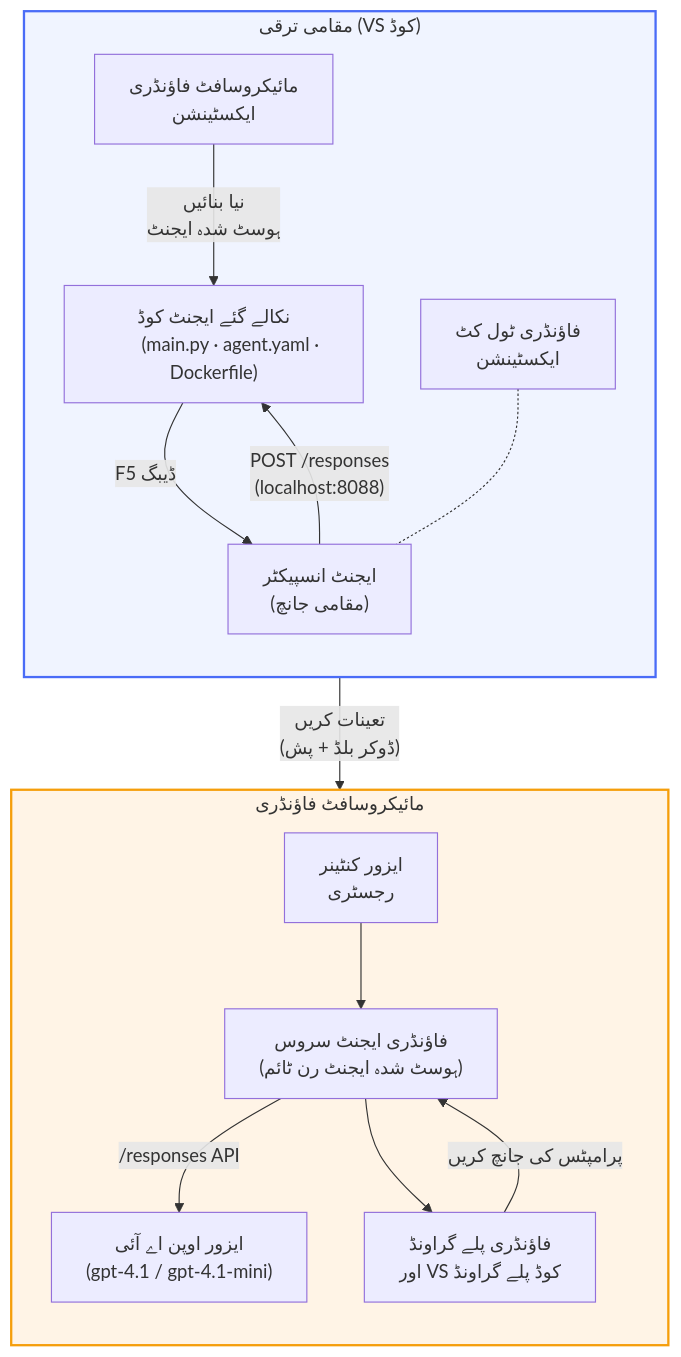
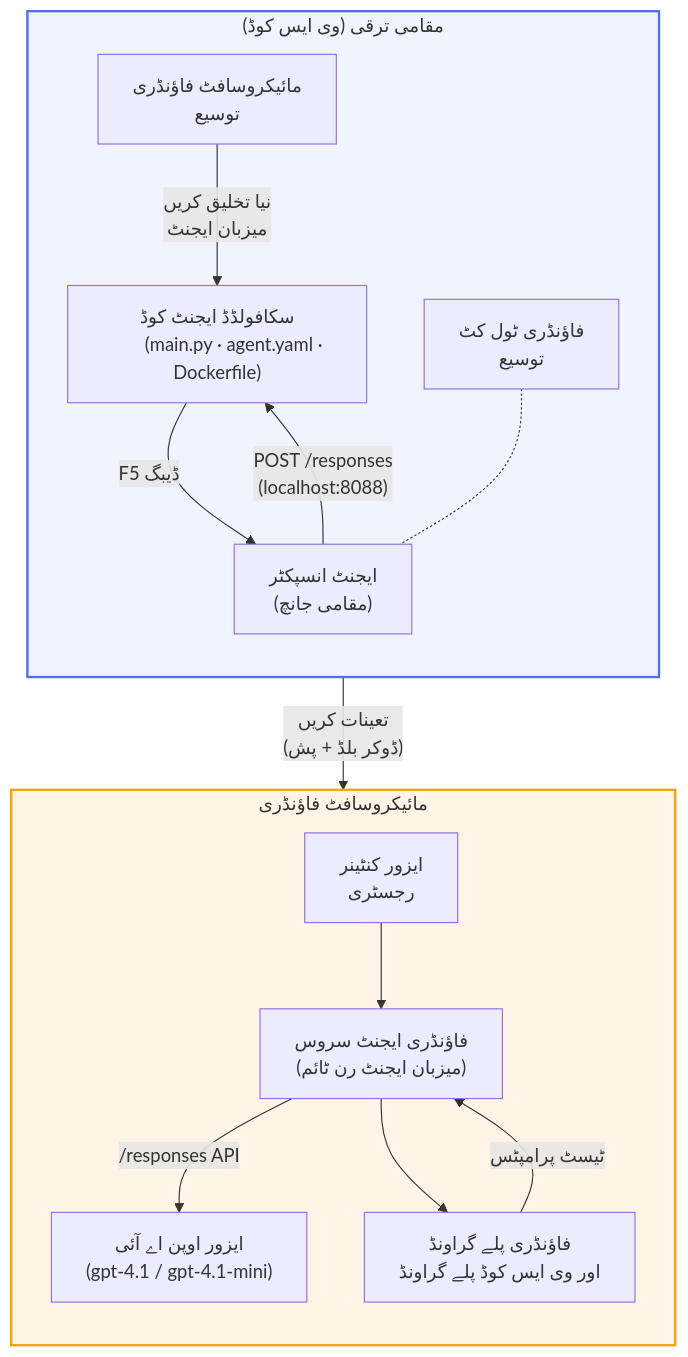
The diagram in translations/ur/README.md (microsoft-foundry/Foundry_Toolkit_for_VSCode_Lab), drawn with Mermaid before and after one commit. The commit also changed other lines of this file and 110 other files, not shown here.

````diff
--- a/translations/ur/README.md
+++ b/translations/ur/README.md
@@ -48,42 +52,42 @@
 ```mermaid
 flowchart TB
-    subgraph Local["مقامی ترقی (VS کوڈ)"]
+    subgraph Local["مقامی ترقی (وی ایس کوڈ)"]
         direction TB
         FE["مائیکروسافٹ فاؤنڈری
-        ایکسٹینشن"]
+        توسیع"]
         FoundryToolkit["فاؤنڈری ٹول کٹ
-        ایکسٹینشن"]
-        Scaffold["نکالے گئے ایجنٹ کوڈ
+        توسیع"]
+        Scaffold["سکافولڈڈ ایجنٹ کوڈ
         (main.py · agent.yaml · Dockerfile)"]
-        Inspector["ایجنٹ انسپیکٹر
+        Inspector["ایجنٹ انسپکٹر
         (مقامی جانچ)"]
-        FE -- "نیا بنائیں
-        ہوسٹ شدہ ایجنٹ" --> Scaffold
+        FE -- "نیا تخلیق کریں
+        میزبان ایجنٹ" --> Scaffold
         Scaffold -- "F5 ڈیبگ" --> Inspector
         FoundryToolkit -.- Inspector
     end
 
     subgraph Cloud["مائیکروسافٹ فاؤنڈری"]
         direction TB
         ACR["ایزور کنٹینر
         رجسٹری"]
         AgentService["فاؤنڈری ایجنٹ سروس
-        (ہوسٹ شدہ ایجنٹ رن ٹائم)"]
+        (میزبان ایجنٹ رن ٹائم)"]
         Model["ایزور اوپن اے آئی
         (gpt-4.1 / gpt-4.1-mini)"]
         Playground["فاؤنڈری پلے گراونڈ
-        اور VS کوڈ پلے گراونڈ"]
+        اور وی ایس کوڈ پلے گراونڈ"]
         ACR --> AgentService
         AgentService -- "/responses API" --> Model
         AgentService --> Playground
     end
 
     Scaffold -- "تعینات کریں
     (ڈوکر بلڈ + پش)" --> ACR
     Inspector -- "POST /responses
     (localhost:8088)" --> Scaffold
-    Playground -- "پرامپٹس کی جانچ کریں" --> AgentService
+    Playground -- "ٹیسٹ پرامپٹس" --> AgentService
 
     style Local fill:#f0f4ff,stroke:#4a6cf7,stroke-width:2px
     style Cloud fill:#fff4e6,stroke:#f59e0b,stroke-width:2px
 ```
````
